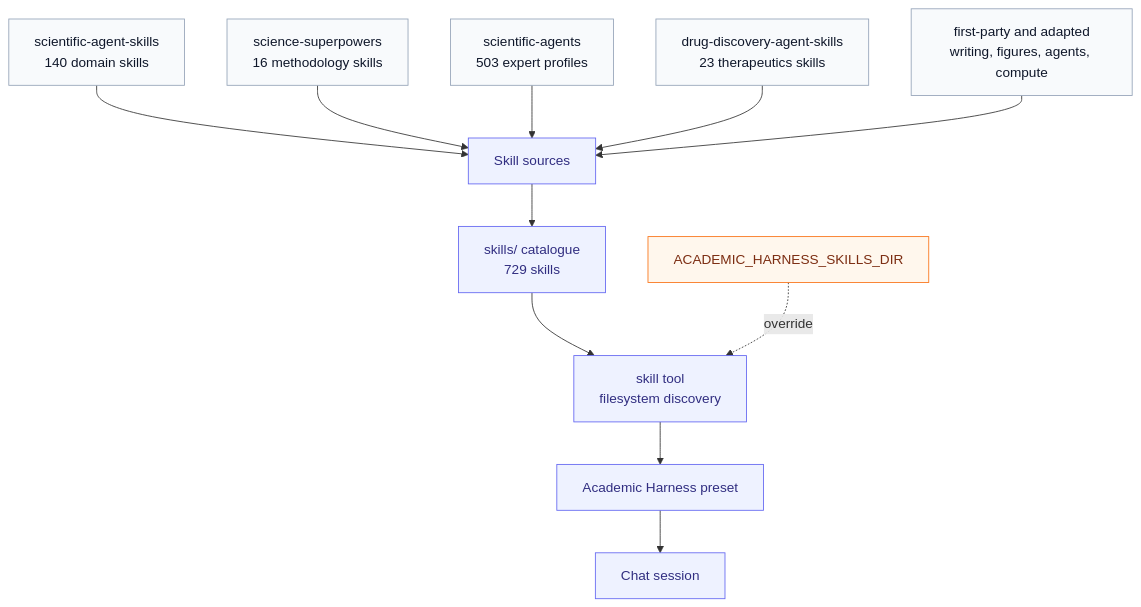
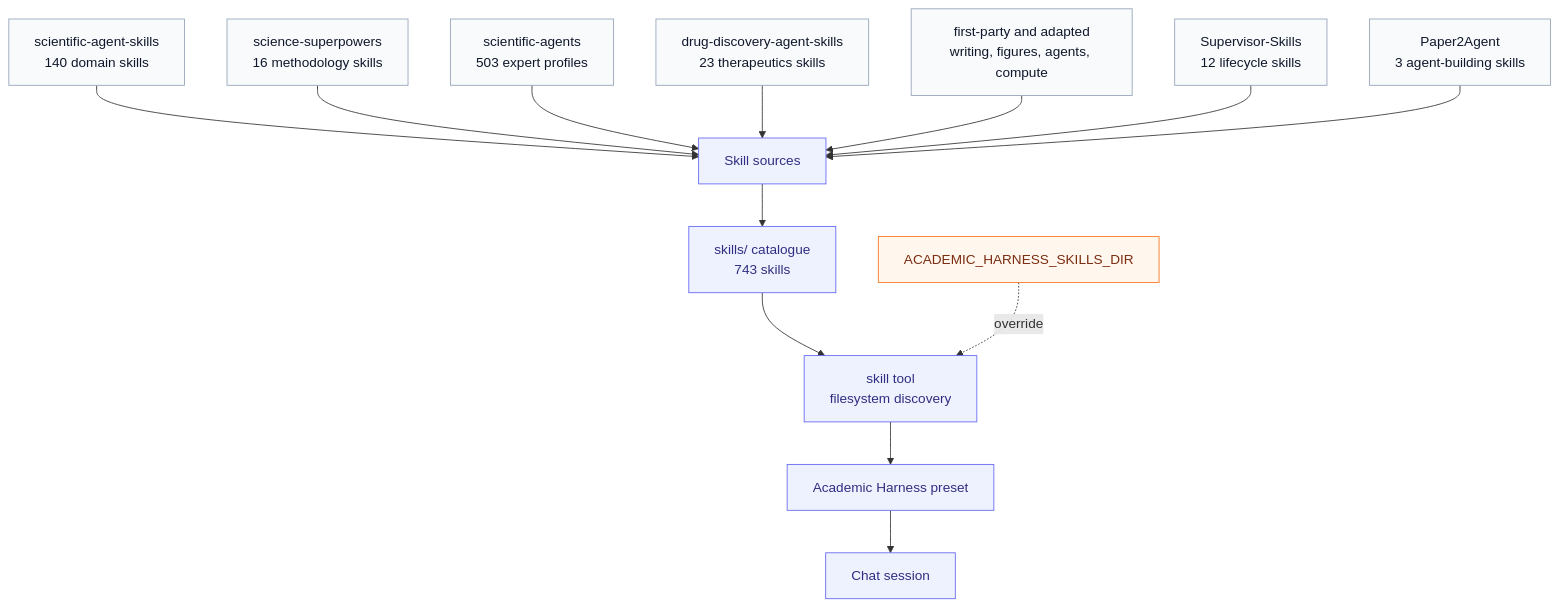
One commit to raktim-mondol/academic-harness changed the diagram in docs/diagrams/skills-map.mmd. Above: the diagram before and after it, drawn with Mermaid. The commit also changed 162 other files, not shown here.

```diff
--- a/docs/diagrams/skills-map.mmd
+++ b/docs/diagrams/skills-map.mmd
@@ -1,21 +1,23 @@
 flowchart TD
-  sources[Skill sources] --> catalogue[skills/ catalogue<br/>729 skills]
+  sources[Skill sources] --> catalogue[skills/ catalogue<br/>743 skills]
   s1[scientific-agent-skills<br/>140 domain skills] --> sources
   s2[science-superpowers<br/>16 methodology skills] --> sources
   s3[scientific-agents<br/>503 expert profiles] --> sources
   s4[drug-discovery-agent-skills<br/>23 therapeutics skills] --> sources
   s5[first-party and adapted<br/>writing, figures, agents, compute] --> sources
+  s6[Supervisor-Skills<br/>12 lifecycle skills] --> sources
+  s7[Paper2Agent<br/>3 agent-building skills] --> sources
 
   catalogue --> loader[skill tool<br/>filesystem discovery]
   env[ACADEMIC_HARNESS_SKILLS_DIR] -. override .-> loader
   loader --> preset[Academic Harness preset]
   preset --> session[Chat session]
 
   classDef source fill:#f8fafc,stroke:#94a3b8,color:#0f172a
   classDef catalogue fill:#ecfdf5,stroke:#059669,color:#064e3b
   classDef env fill:#fff7ed,stroke:#f97316,color:#7c2d12
   classDef step fill:#eef2ff,stroke:#6366f1,color:#312e81
-  class s1,s2,s3,s4,s5 source
+  class s1,s2,s3,s4,s5,s6,s7 source
   class catalogue,preset step
   class env env
   class loader,session,sources step
```
